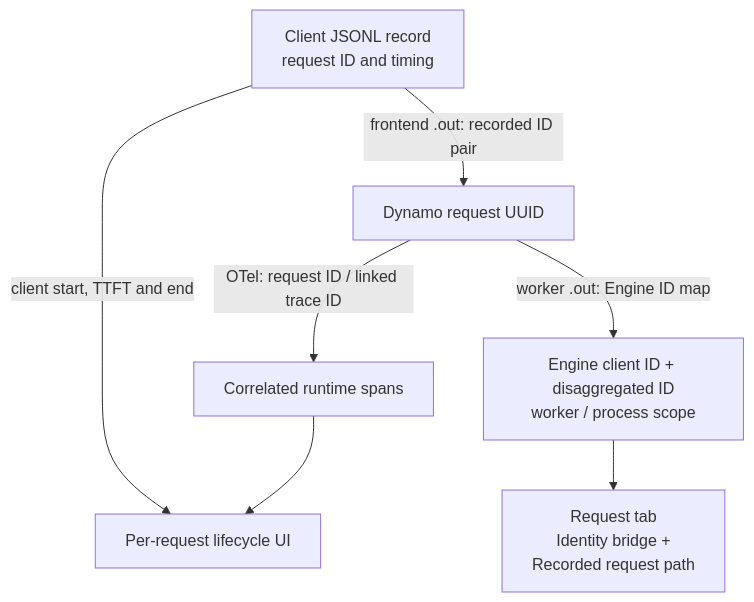
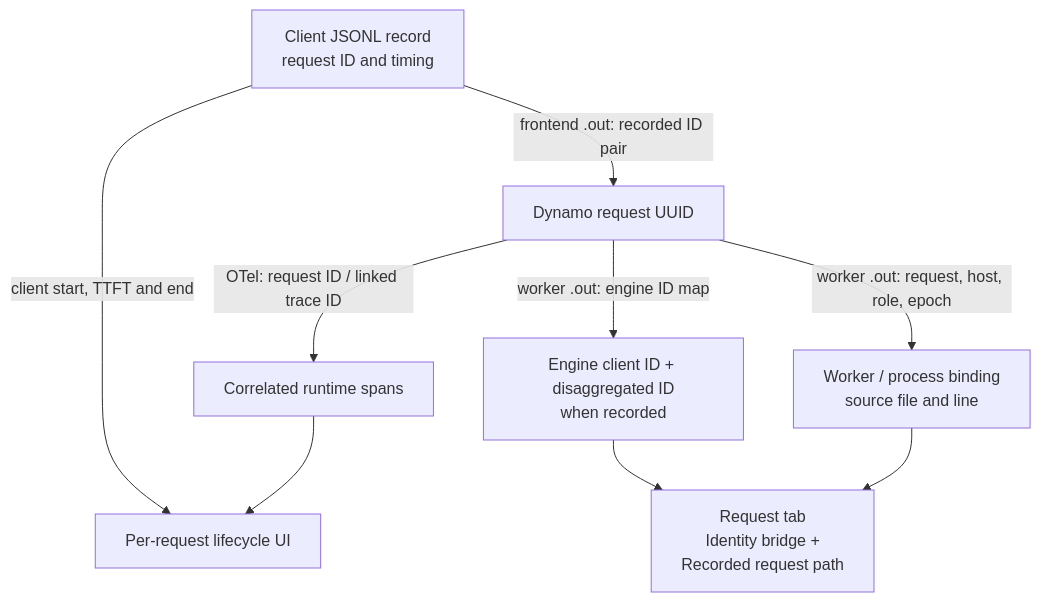
Before and after one commit to NVIDIA/srt-slurm: the second of 2 diagrams in docs/dsight-data-flow.md, drawn with Mermaid. The commit also changed other lines of this file and 6 other files, not shown here.

Commit message:
feat(dsight): join Dynamo request and worker identities

````diff
--- a/docs/dsight-data-flow.md
+++ b/docs/dsight-data-flow.md
@@ -72,9 +73,11 @@
 ```mermaid
 flowchart TB
     C["Client JSONL record<br/>request ID and timing"] -->|"frontend .out: recorded ID pair"| D["Dynamo request UUID"]
     D -->|"OTel: request ID / linked trace ID"| O["Correlated runtime spans"]
     O --> L["Per-request lifecycle UI"]
     C -->|"client start, TTFT and end"| L
-    D -->|"worker .out: Engine ID map"| E["Engine client ID + disaggregated ID<br/>worker / process scope"]
-    E --> U["Request tab<br/>Identity bridge +<br/>Recorded request path"]
+    D -->|"worker .out: request, host, role, epoch"| B["Worker / process binding<br/>source file and line"]
+    D -->|"worker .out: engine ID map"| E["Engine client ID + disaggregated ID<br/>when recorded"]
+    B --> U["Request tab<br/>Identity bridge +<br/>Recorded request path"]
+    E --> U
 ```
````
